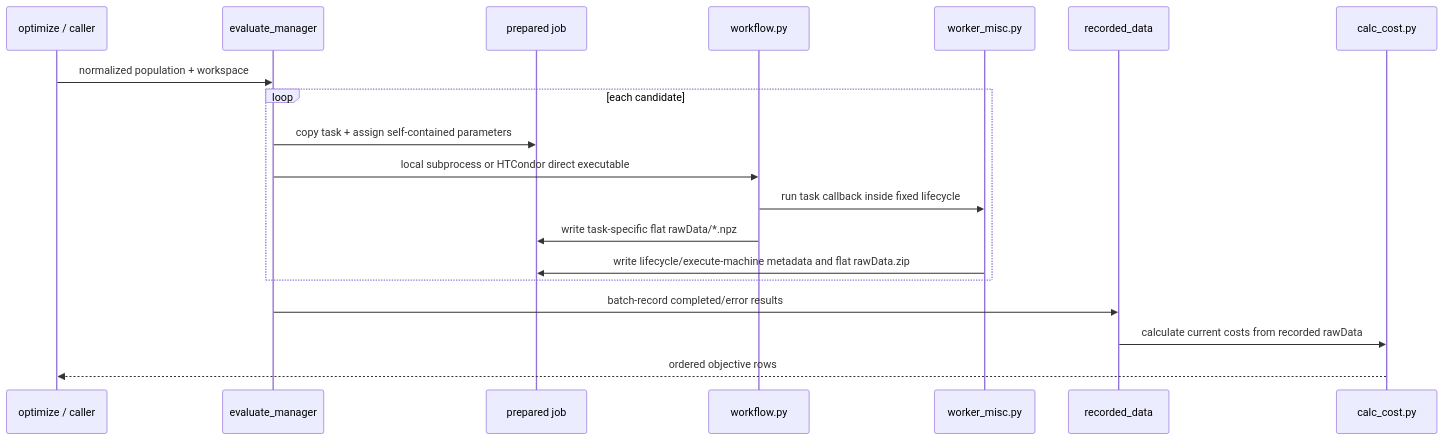
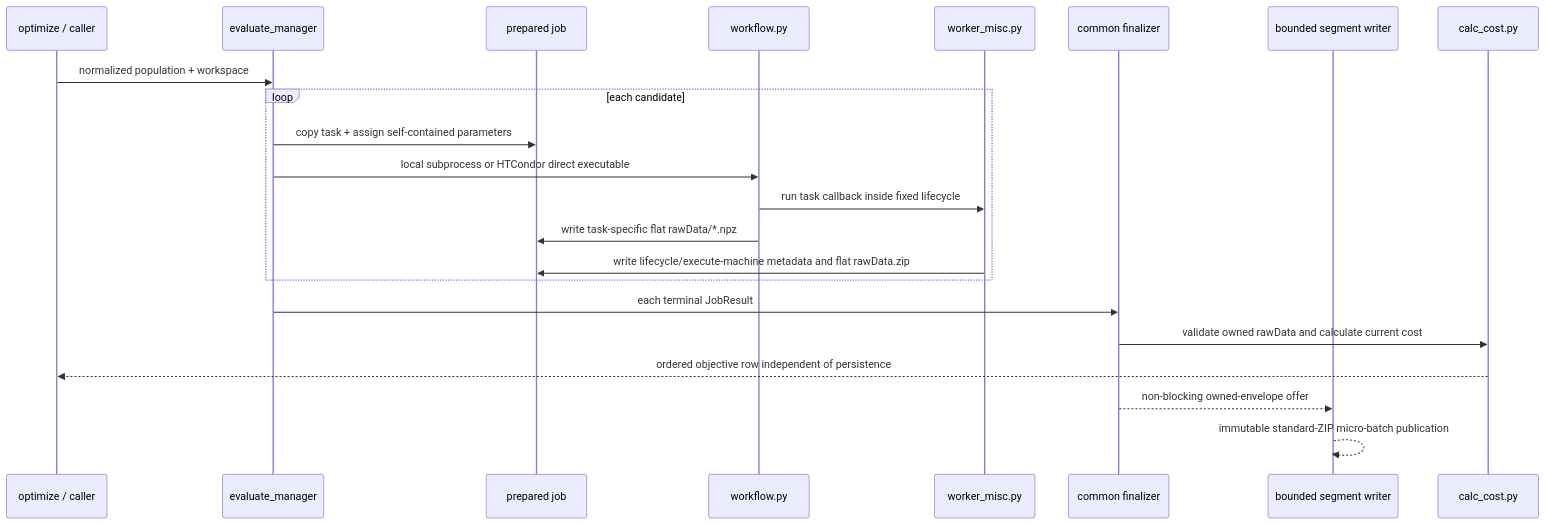
One commit to YS-Pan/yadof changed the diagram in dev_doc/architecture/4plus1_process_view.md. Above: the diagram before and after it, drawn with Mermaid. The commit also changed other lines of this file and 74 other files, not shown here.

````diff
--- a/dev_doc/architecture/4plus1_process_view.md
+++ b/dev_doc/architecture/4plus1_process_view.md
@@ -5,21 +5,24 @@
 ```mermaid
 sequenceDiagram
     participant O as optimize / caller
     participant E as evaluate_manager
     participant J as prepared job
     participant W as workflow.py
     participant S as worker_misc.py
-    participant R as recorded_data
+    participant F as common finalizer
+    participant R as bounded segment writer
     participant C as calc_cost.py
     O->>E: normalized population + workspace
     loop each candidate
         E->>J: copy task + assign self-contained parameters
         E->>W: local subprocess or HTCondor direct executable
         W->>S: run task callback inside fixed lifecycle
         W->>J: write task-specific flat rawData/*.npz
         S->>J: write lifecycle/execute-machine metadata and flat rawData.zip
     end
-    E->>R: batch-record completed/error results
-    R->>C: calculate current costs from recorded rawData
-    C-->>O: ordered objective rows
+    E->>F: each terminal JobResult
+    F->>C: validate owned rawData and calculate current cost
+    C-->>O: ordered objective row independent of persistence
+    F-->>R: non-blocking owned-envelope offer
+    R-->>R: immutable standard-ZIP micro-batch publication
 ```
````
